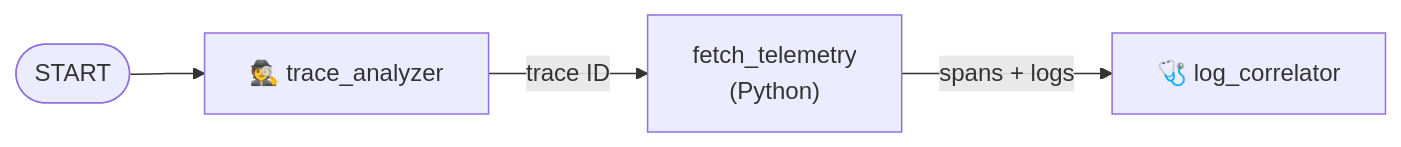
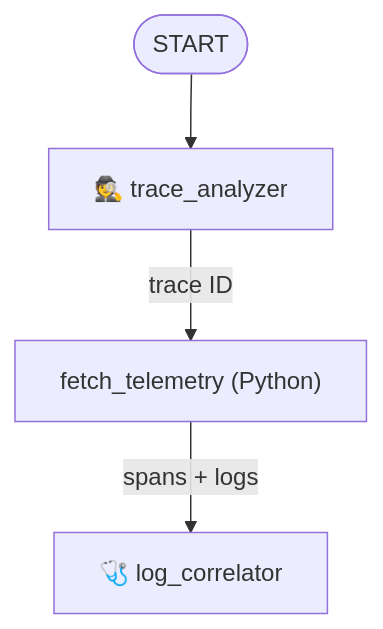
The diagram in workshop/steps/01-wire-the-workflow/README.md (xSAVIKx/sre-agent), drawn with Mermaid before and after one commit. The commit also changed 3 other files, not shown here.

First line of the commit message:
docs: vertical diagrams that fit the website's text column

````diff
--- a/workshop/steps/01-wire-the-workflow/README.md
+++ b/workshop/steps/01-wire-the-workflow/README.md
@@ -24,6 +24,6 @@
 ```mermaid
-flowchart LR
+flowchart TB
     S([START]) --> TA["🕵️ trace_analyzer"]
-    TA -->|trace ID| FT["fetch_telemetry<br/>(Python)"]
+    TA -->|trace ID| FT["fetch_telemetry (Python)"]
     FT -->|spans + logs| LC["🩺 log_correlator"]
 ```
````
